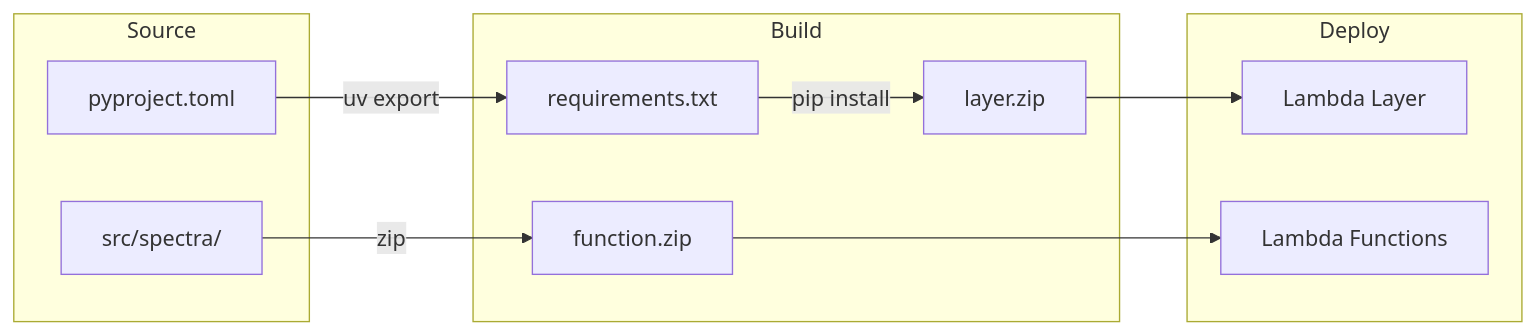
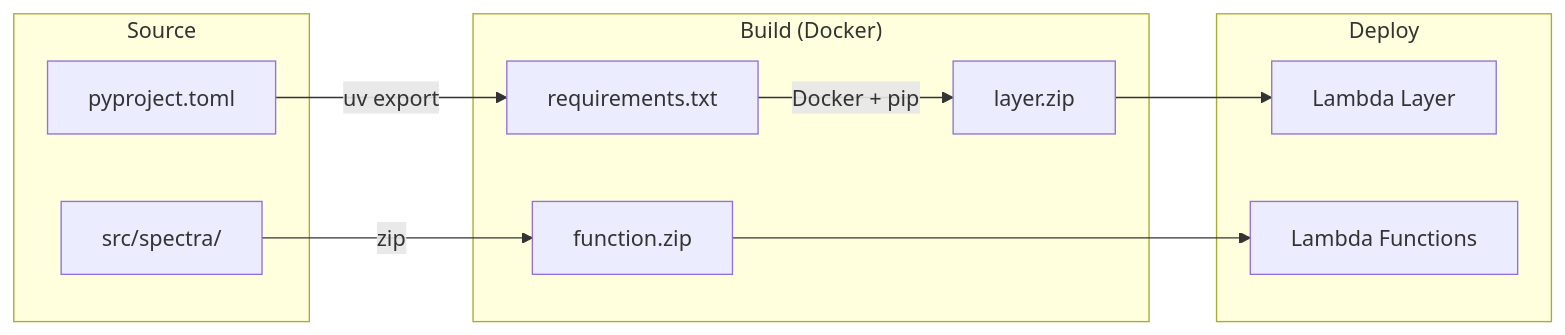
One commit to zhiweio/redshift-spectra changed the second of 4 diagrams in docs/deployment/lambda-layer.md. Above: the diagram before and after it, drawn with Mermaid. The commit also changed other lines of this file and 3 other files, not shown here.

````diff
--- a/docs/deployment/lambda-layer.md
+++ b/docs/deployment/lambda-layer.md
@@ -39,24 +39,24 @@
 ```mermaid
 flowchart LR
     subgraph Source["Source"]
         PYPROJECT[pyproject.toml]
         SRC[src/spectra/]
     end
 
-    subgraph Build["Build"]
+    subgraph Build["Build (Docker)"]
         REQ[requirements.txt]
         LAYER[layer.zip]
         FUNCS[function.zip]
     end
 
     subgraph Deploy["Deploy"]
         L_LAYER[Lambda Layer]
         L_FUNC[Lambda Functions]
     end
 
     PYPROJECT -->|"uv export"| REQ
-    REQ -->|"pip install"| LAYER
+    REQ -->|"Docker + pip"| LAYER
     SRC -->|"zip"| FUNCS
     LAYER --> L_LAYER
     FUNCS --> L_FUNC
 ```
````
